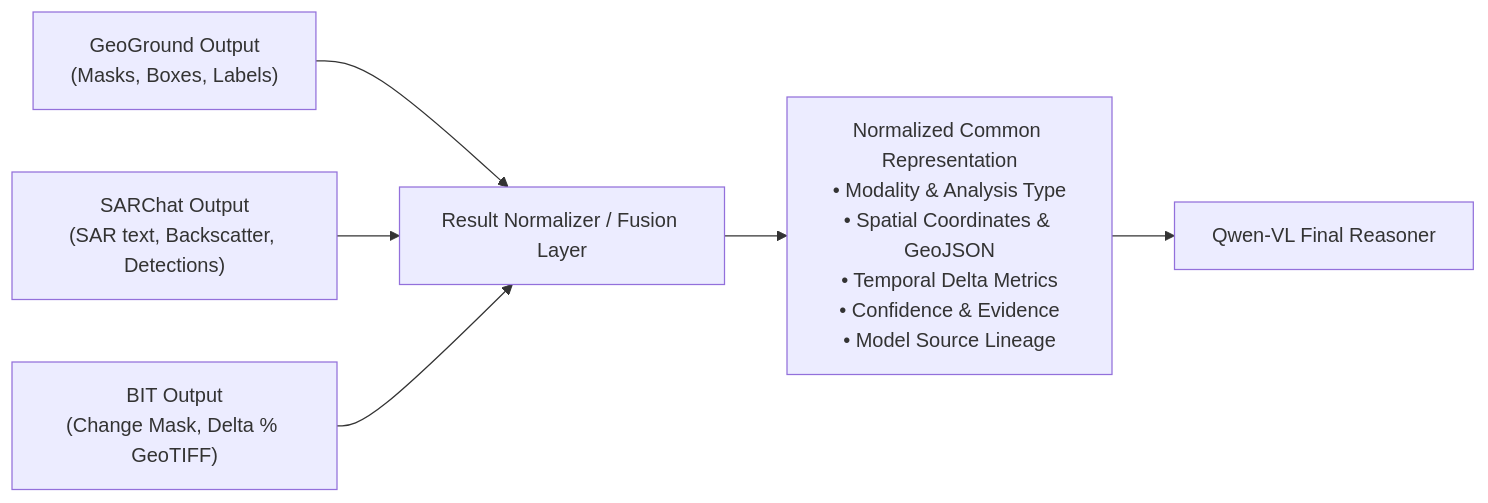
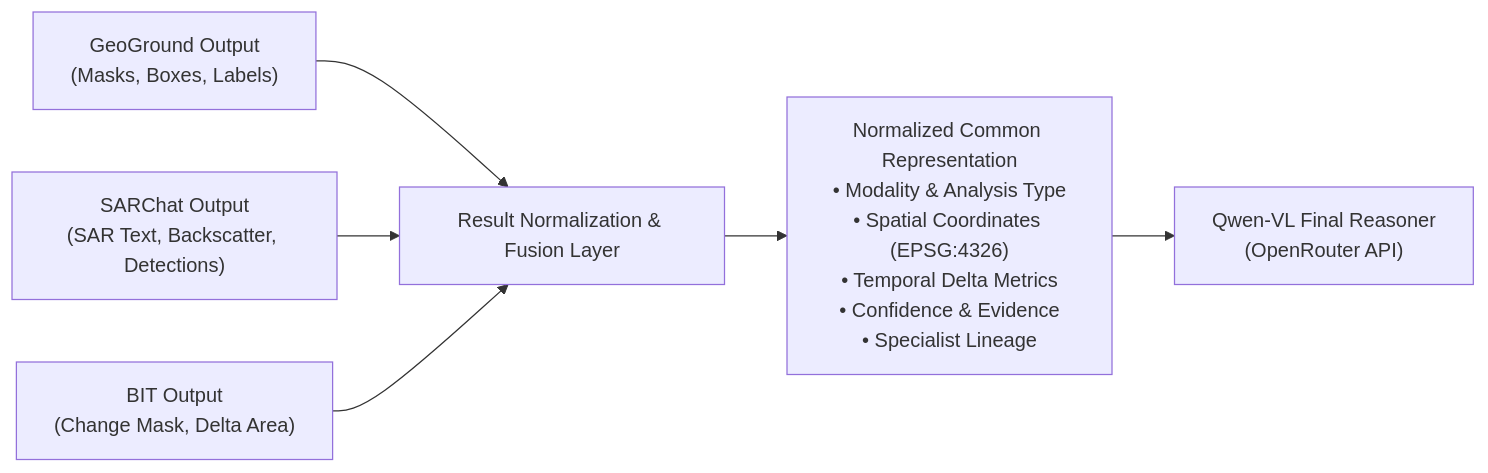
The third of 3 diagrams in docs/SatQuery_AI_System_Architecture.md (amulyagavankar20-glitch/SatQuery), drawn with Mermaid before and after one commit. The commit also changed other lines of this file and 14 other files, not shown here.

Commit message:
feat(vlm): implement generic environment-driven VLM service, final reasoner, and configuration extraction

````diff
--- a/docs/SatQuery_AI_System_Architecture.md
+++ b/docs/SatQuery_AI_System_Architecture.md
@@ -189,8 +278,8 @@
 ```mermaid
 flowchart LR
-    GG_OUT["GeoGround Output<br/>(Masks, Boxes, Labels)"] --> NF["Result Normalizer / Fusion Layer"]
-    SC_OUT["SARChat Output<br/>(SAR text, Backscatter, Detections)"] --> NF
-    BIT_OUT["BIT Output<br/>(Change Mask, Delta % GeoTIFF)"] --> NF
-    NF --> UNIFIED["Normalized Common Representation<br/>• Modality & Analysis Type<br/>• Spatial Coordinates & GeoJSON<br/>• Temporal Delta Metrics<br/>• Confidence & Evidence<br/>• Model Source Lineage"]
-    UNIFIED --> QWEN_FINAL["Qwen-VL Final Reasoner"]
+    GG_OUT["GeoGround Output<br/>(Masks, Boxes, Labels)"] --> NF["Result Normalization & Fusion Layer"]
+    SC_OUT["SARChat Output<br/>(SAR Text, Backscatter, Detections)"] --> NF
+    BIT_OUT["BIT Output<br/>(Change Mask, Delta Area)"] --> NF
+    NF --> UNIFIED["Normalized Common Representation<br/>• Modality & Analysis Type<br/>• Spatial Coordinates (EPSG:4326)<br/>• Temporal Delta Metrics<br/>• Confidence & Evidence<br/>• Specialist Lineage"]
+    UNIFIED --> QWEN_FINAL["Qwen-VL Final Reasoner<br/>(OpenRouter API)"]
 ```
````
